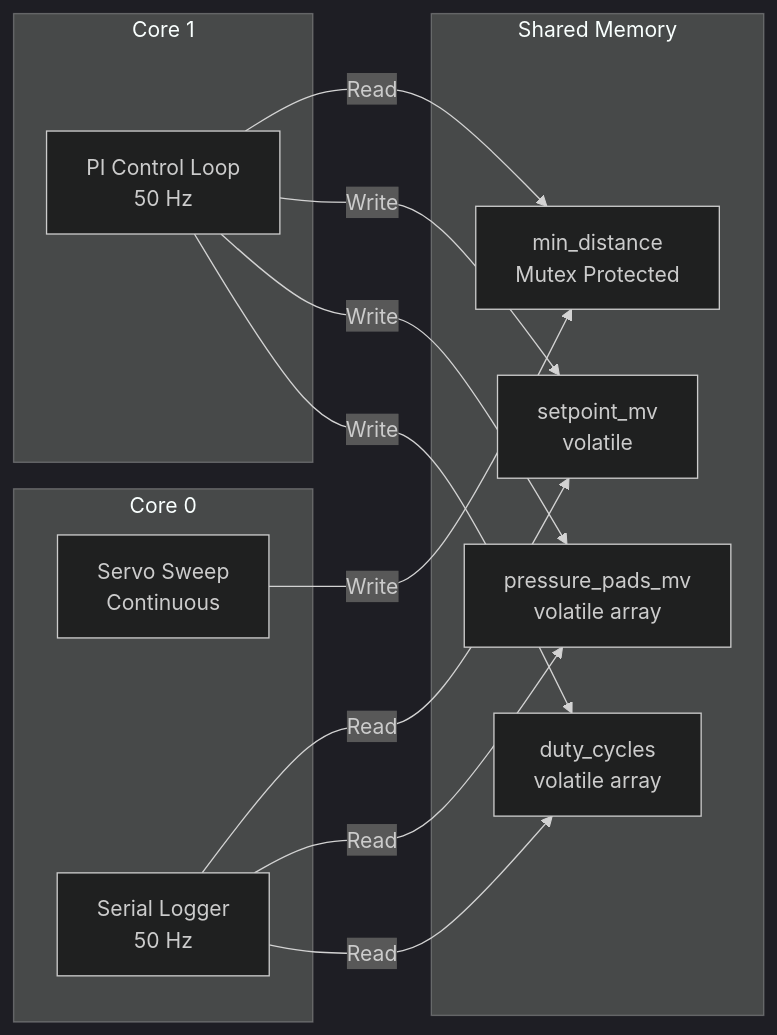
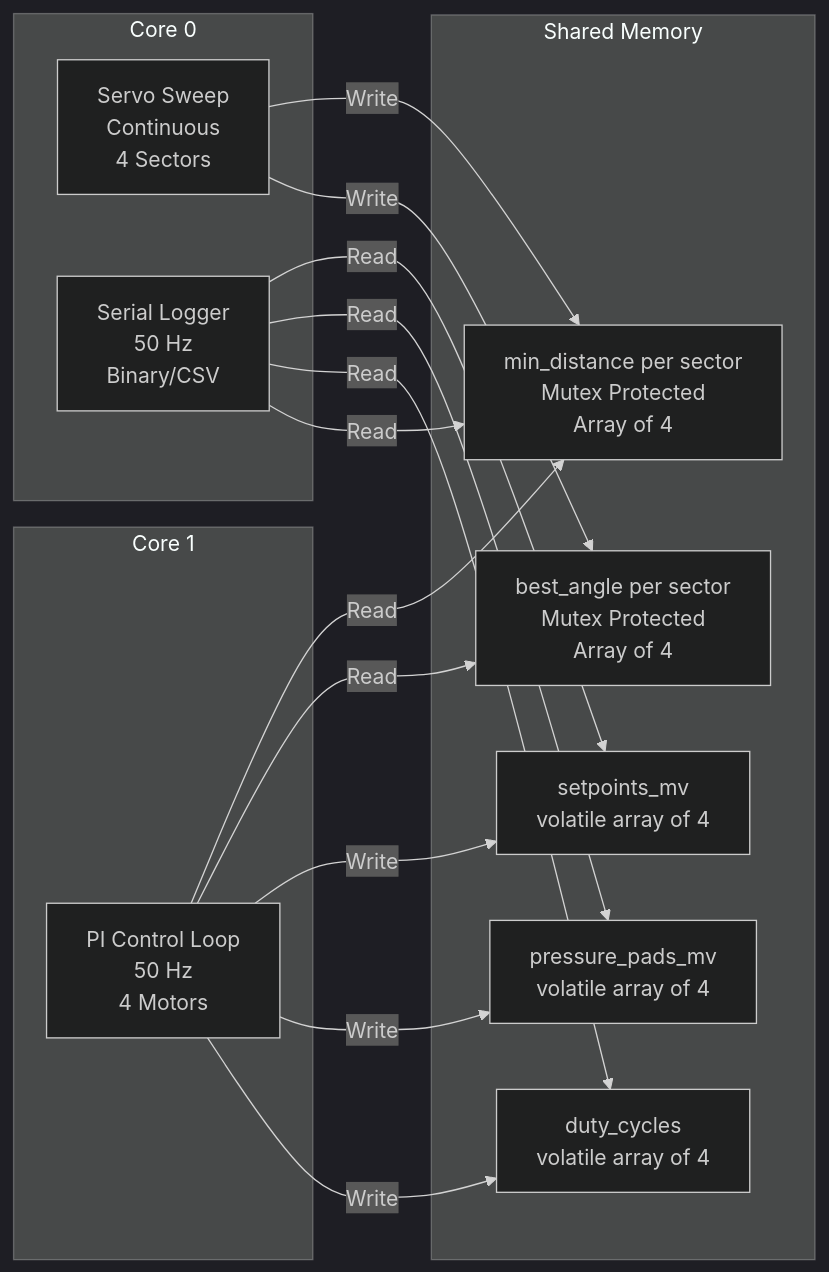
Before and after one commit to raseone19/ME-410: the second of 8 diagrams in docs/architecture.md, drawn with Mermaid (dark theme). The commit also changed other lines of this file and 12 other files, not shown here.

````diff
--- a/docs/architecture.md
+++ b/docs/architecture.md
@@ -106,27 +115,31 @@
 ```mermaid
 graph LR
     subgraph "Core 0"
-        A[Servo Sweep<br/>Continuous]
-        B[Serial Logger<br/>50 Hz]
+        A[Servo Sweep<br/>Continuous<br/>4 Sectors]
+        B[Serial Logger<br/>50 Hz<br/>Binary/CSV]
     end
 
     subgraph "Core 1"
-        C[PI Control Loop<br/>50 Hz]
+        C[PI Control Loop<br/>50 Hz<br/>4 Motors]
     end
 
     subgraph "Shared Memory"
-        D[min_distance<br/>Mutex Protected]
-        E[setpoint_mv<br/>volatile]
-        F[pressure_pads_mv<br/>volatile array]
-        G[duty_cycles<br/>volatile array]
+        D[min_distance per sector<br/>Mutex Protected<br/>Array of 4]
+        E[best_angle per sector<br/>Mutex Protected<br/>Array of 4]
+        F[setpoints_mv<br/>volatile array of 4]
+        G[pressure_pads_mv<br/>volatile array of 4]
+        H[duty_cycles<br/>volatile array of 4]
     end
 
     A -->|Write| D
+    A -->|Write| E
     C -->|Read| D
-    C -->|Write| E
+    C -->|Read| E
     C -->|Write| F
     C -->|Write| G
-    B -->|Read| E
+    C -->|Write| H
     B -->|Read| F
     B -->|Read| G
+    B -->|Read| H
+    B -->|Read| D
 ```
````
